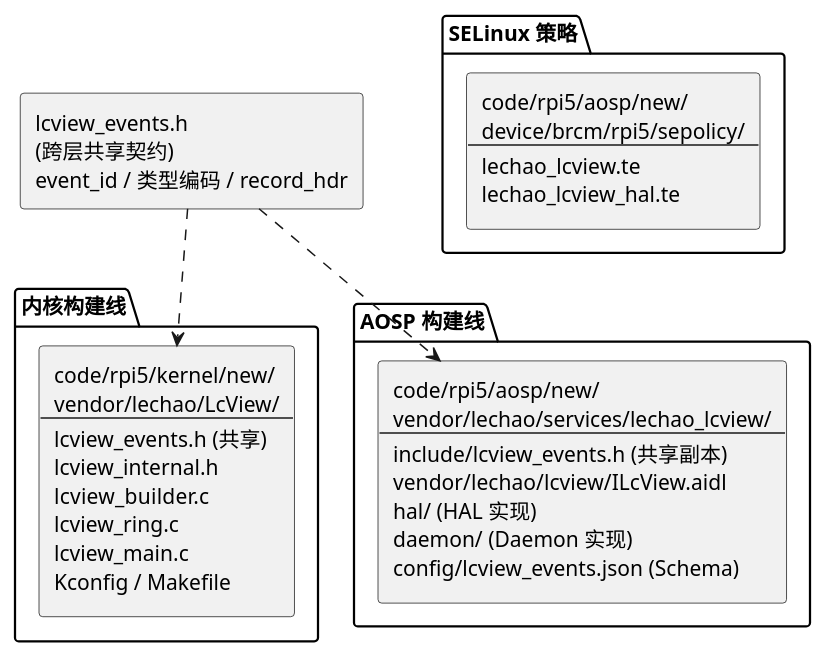
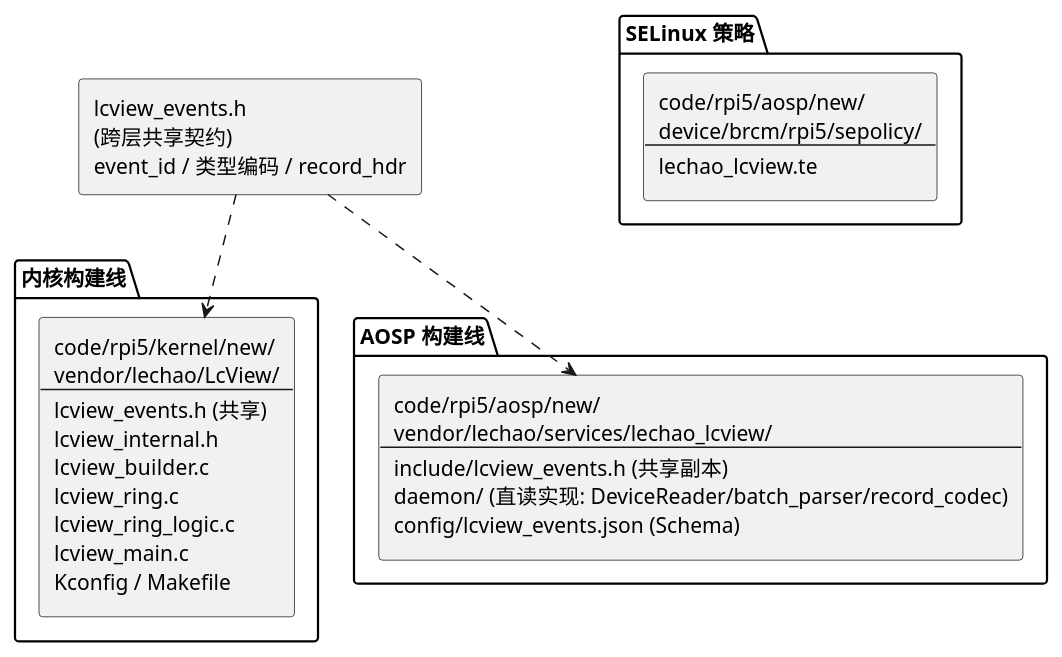
Before and after one commit to lechao365/AndroidSystemEnhance: the fourth of 6 diagrams in docs/01-打点增强/README.md, drawn with PlantUML. The commit also changed other lines of this file and 199 other files, not shown here.

````diff
--- a/docs/01-打点增强/README.md
+++ b/docs/01-打点增强/README.md
@@ -168,20 +153,20 @@
 ```plantuml
 @startuml
 package "内核构建线" {
-    rectangle "code/rpi5/kernel/new/\nvendor/lechao/LcView/\n---\nlcview_events.h (共享)\nlcview_internal.h\nlcview_builder.c\nlcview_ring.c\nlcview_main.c\nKconfig / Makefile" as KSRC
+    rectangle "code/rpi5/kernel/new/\nvendor/lechao/LcView/\n---\nlcview_events.h (共享)\nlcview_internal.h\nlcview_builder.c\nlcview_ring.c\nlcview_ring_logic.c\nlcview_main.c\nKconfig / Makefile" as KSRC
 }
 
 package "AOSP 构建线" {
-    rectangle "code/rpi5/aosp/new/\nvendor/lechao/services/lechao_lcview/\n---\ninclude/lcview_events.h (共享副本)\nvendor/lechao/lcview/ILcView.aidl\nhal/ (HAL 实现)\ndaemon/ (Daemon 实现)\nconfig/lcview_events.json (Schema)" as ASRC
+    rectangle "code/rpi5/aosp/new/\nvendor/lechao/services/lechao_lcview/\n---\ninclude/lcview_events.h (共享副本)\ndaemon/ (直读实现: DeviceReader/batch_parser/record_codec)\nconfig/lcview_events.json (Schema)" as ASRC
 }
 
 package "SELinux 策略" {
-    rectangle "code/rpi5/aosp/new/\ndevice/brcm/rpi5/sepolicy/\n---\nlechao_lcview.te\nlechao_lcview_hal.te" as SEPOL
+    rectangle "code/rpi5/aosp/new/\ndevice/brcm/rpi5/sepolicy/\n---\nlechao_lcview.te" as SEPOL
 }
 
 rectangle "lcview_events.h\n(跨层共享契约)\nevent_id / 类型编码 / record_hdr" as SHARED
 
 SHARED ..> KSRC
 SHARED ..> ASRC
 @enduml
 ```
````
